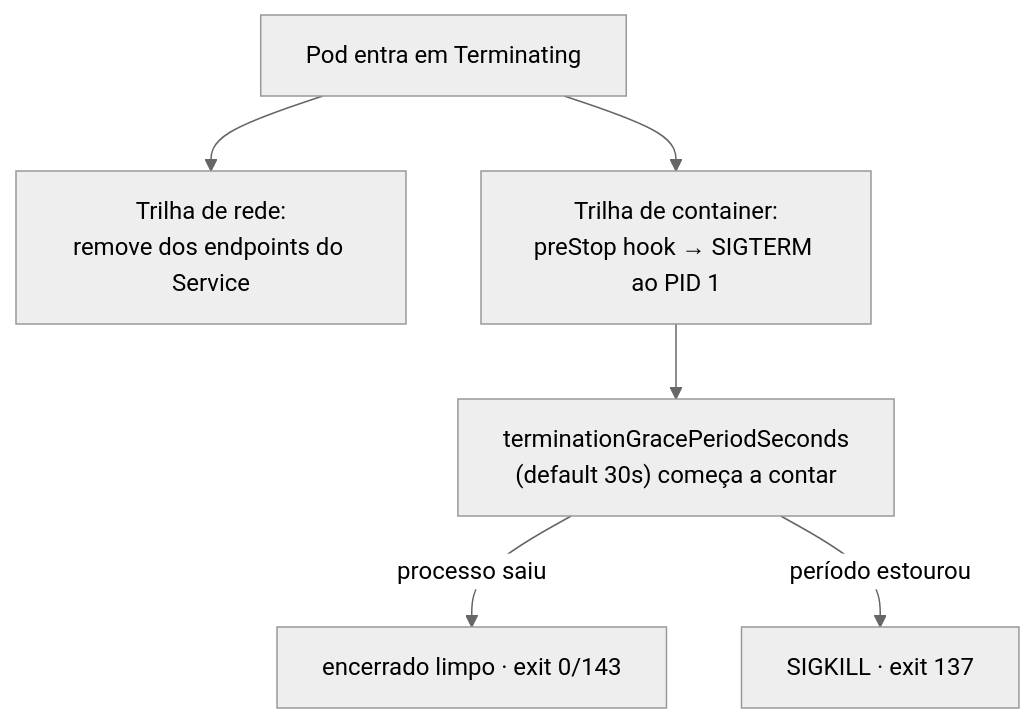
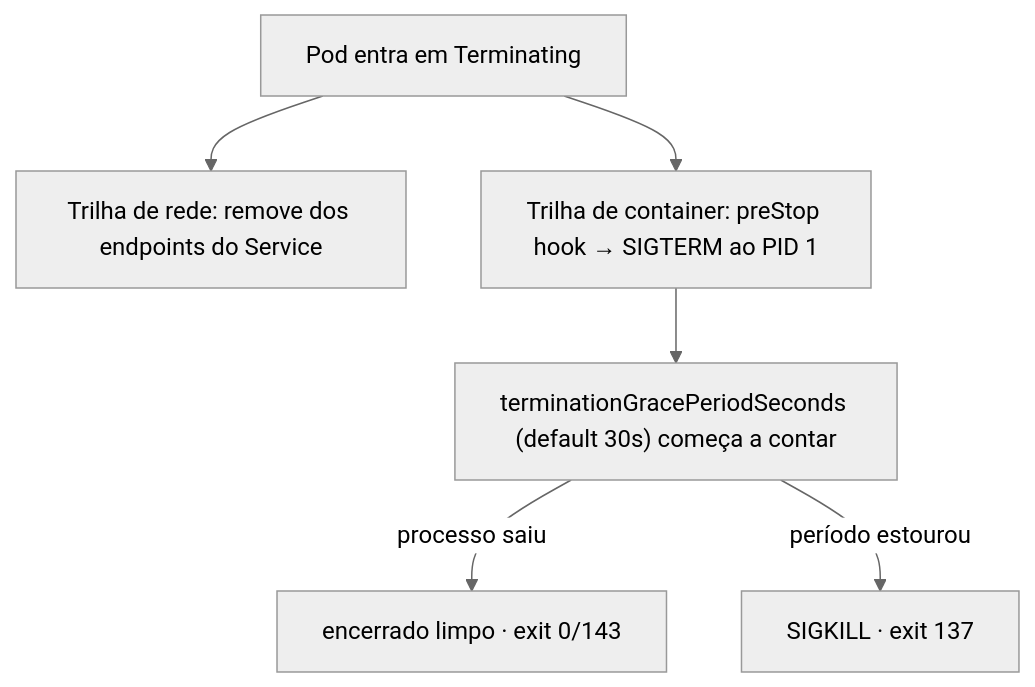
The diagram in src/contents/posts/sigterm-sigkill-kubernetes.md (cesarschutz/cesarschutz.github.io), drawn with Mermaid (neutral theme) before and after one commit. The commit also changed 10 other files, not shown here.

First line of the commit message:
Blinda diagramas Mermaid: remove <br> e nós invisíveis dos rótulos

````diff
--- a/src/contents/posts/sigterm-sigkill-kubernetes.md
+++ b/src/contents/posts/sigterm-sigkill-kubernetes.md
@@ -22,8 +22,8 @@
 ```mermaid
 flowchart TD
-  T["Pod entra em Terminating"] --> N["Trilha de rede:<br>remove dos endpoints do Service"]
-  T --> C["Trilha de container:<br>preStop hook → SIGTERM ao PID 1"]
-  C --> G["terminationGracePeriodSeconds<br>(default 30s) começa a contar"]
+  T["Pod entra em Terminating"] --> N["Trilha de rede: remove dos endpoints do Service"]
+  T --> C["Trilha de container: preStop hook → SIGTERM ao PID 1"]
+  C --> G["terminationGracePeriodSeconds (default 30s) começa a contar"]
   G -->|"processo saiu"| OK["encerrado limpo · exit 0/143"]
   G -->|"período estourou"| K["SIGKILL · exit 137"]
 ```
````
